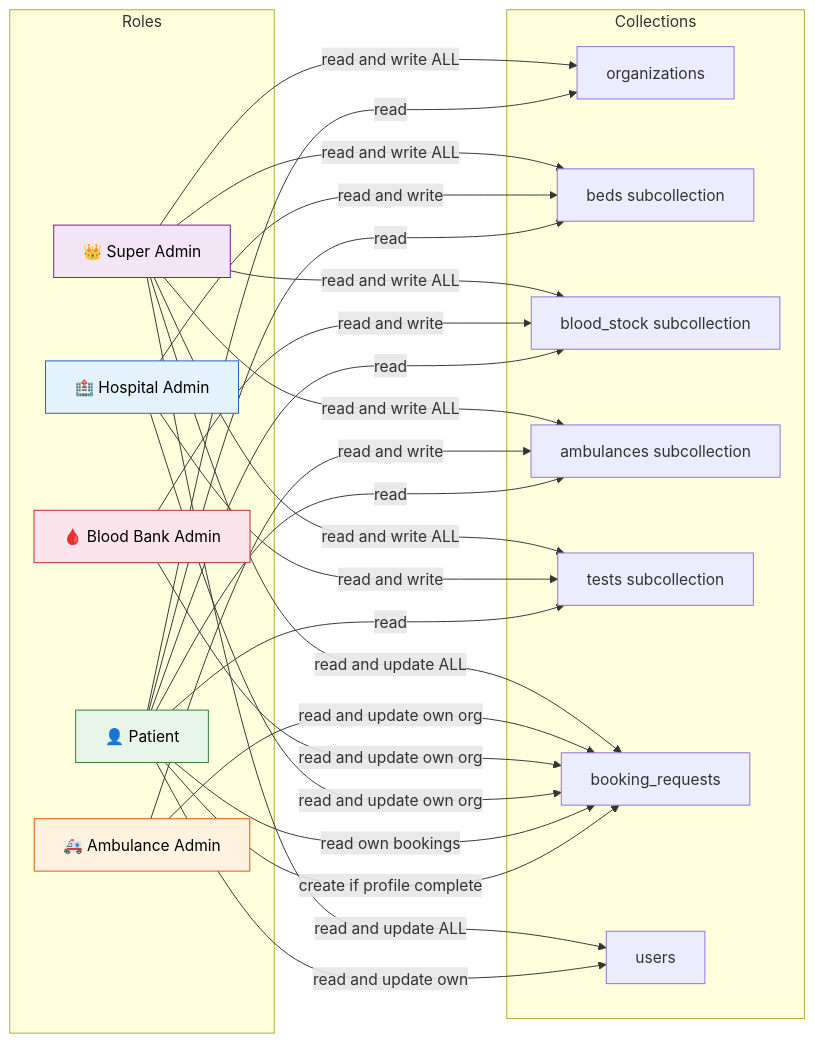
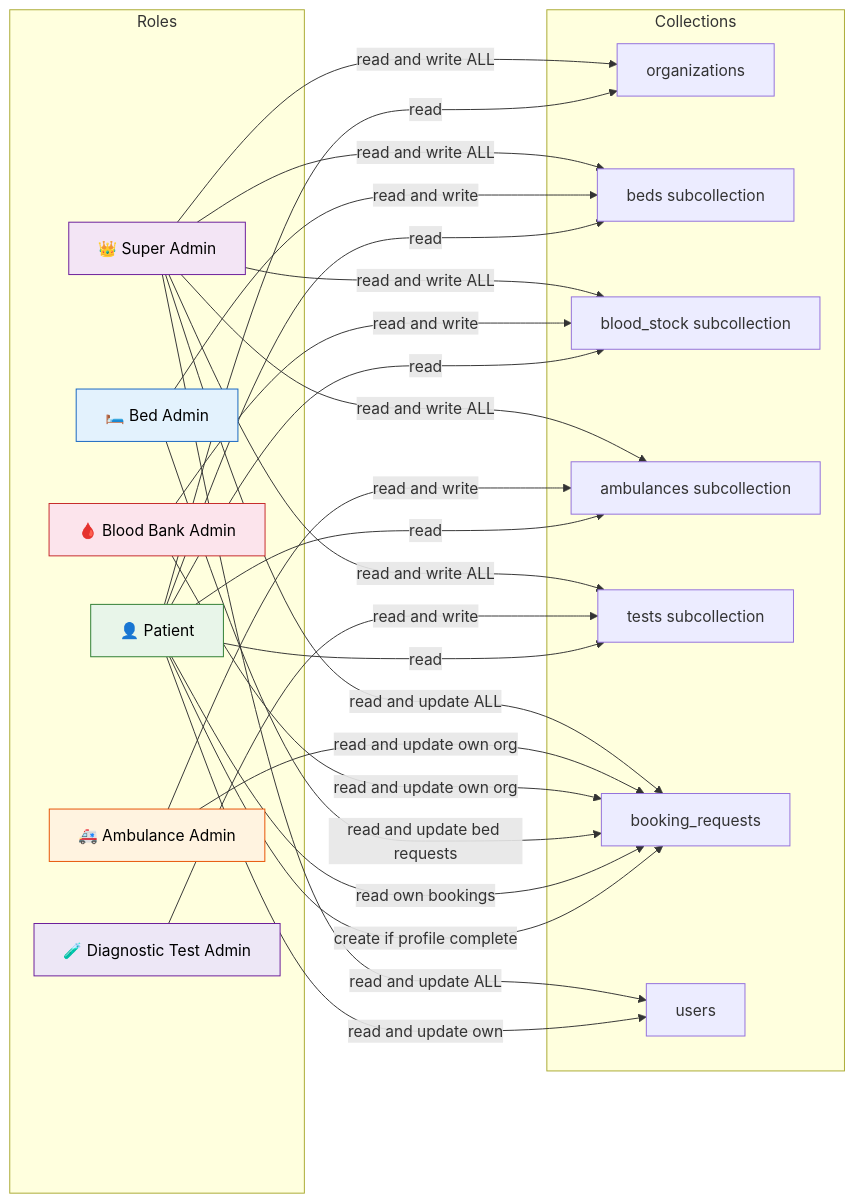
One commit to Aurorabtw/emergency-health-services changed diagram 14 of 14 in SDP_Report_Diagrams.md. Above: the diagram before and after it, drawn with Mermaid. The commit also changed other lines of this file and 21 other files, not shown here.

````diff
--- a/SDP_Report_Diagrams.md
+++ b/SDP_Report_Diagrams.md
@@ -665,53 +665,55 @@
 ```mermaid
 flowchart LR
     subgraph Roles
         PAT["👤 Patient"]
-        HA["🏥 Hospital Admin"]
+        BA["🛏️ Bed Admin"]
+        TA["🧪 Diagnostic Test Admin"]
         BBA["🩸 Blood Bank Admin"]
         AA["🚑 Ambulance Admin"]
         SA["👑 Super Admin"]
     end
 
     subgraph Collections
         Orgs["organizations"]
         Beds["beds subcollection"]
         Blood["blood_stock subcollection"]
         Ambs["ambulances subcollection"]
         Tests["tests subcollection"]
         BReq["booking_requests"]
         UsersCol["users"]
     end
 
     PAT -->|"read"| Orgs
     PAT -->|"read"| Beds
     PAT -->|"read"| Blood
     PAT -->|"read"| Ambs
     PAT -->|"read"| Tests
     PAT -->|"create if profile complete"| BReq
     PAT -->|"read own bookings"| BReq
     PAT -->|"read and update own"| UsersCol
 
-    HA -->|"read and write"| Beds
-    HA -->|"read and write"| Tests
-    HA -->|"read and update own org"| BReq
+    BA -->|"read and write"| Beds
+    BA -->|"read and update bed requests"| BReq
+    TA -->|"read and write"| Tests
 
     BBA -->|"read and write"| Blood
     BBA -->|"read and update own org"| BReq
 
     AA -->|"read and write"| Ambs
     AA -->|"read and update own org"| BReq
 
     SA -->|"read and write ALL"| Orgs
     SA -->|"read and write ALL"| Beds
     SA -->|"read and write ALL"| Blood
     SA -->|"read and write ALL"| Ambs
     SA -->|"read and write ALL"| Tests
     SA -->|"read and update ALL"| BReq
     SA -->|"read and update ALL"| UsersCol
 
     style PAT fill:#e8f5e9,stroke:#2e7d32,color:#000
-    style HA fill:#e3f2fd,stroke:#1565c0,color:#000
+    style BA fill:#e3f2fd,stroke:#1565c0,color:#000
+    style TA fill:#ede7f6,stroke:#6a1b9a,color:#000
     style BBA fill:#fce4ec,stroke:#c62828,color:#000
     style AA fill:#fff3e0,stroke:#e65100,color:#000
     style SA fill:#f3e5f5,stroke:#6a1b9a,color:#000
 ```
````
